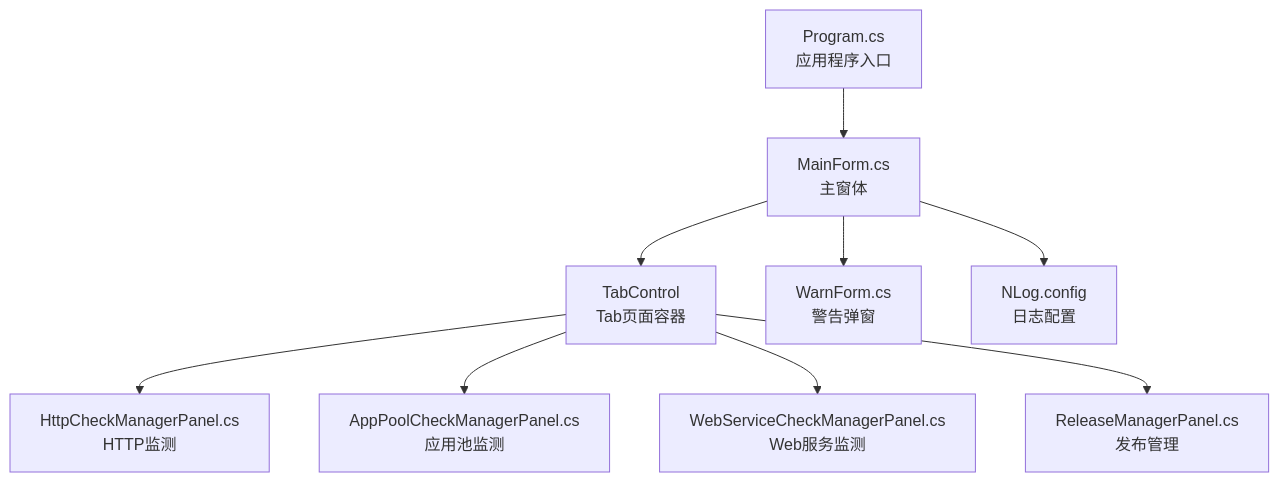
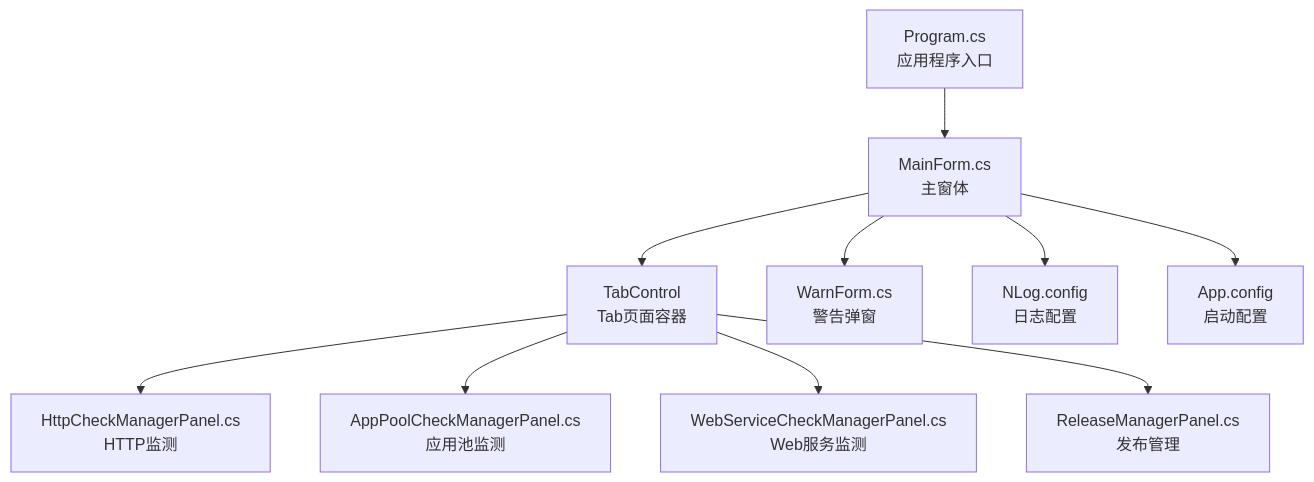
One commit to db300/IISMonitor changed the first of 5 diagrams in .qoder/repowiki/zh/content/IISMonitor.v1 功能详解/主界面概览.md. Above: the diagram before and after it, drawn with Mermaid. The commit also changed other lines of this file and 5 other files, not shown here.

````diff
--- a/.qoder/repowiki/zh/content/IISMonitor.v1 功能详解/主界面概览.md
+++ b/.qoder/repowiki/zh/content/IISMonitor.v1 功能详解/主界面概览.md
@@ -42,11 +52,12 @@
 ```mermaid
 graph TB
 Program["Program.cs<br/>应用程序入口"] --> MainForm["MainForm.cs<br/>主窗体"]
 MainForm --> TabControl["TabControl<br/>Tab页面容器"]
 TabControl --> TP_HTTP["HttpCheckManagerPanel.cs<br/>HTTP监测"]
 TabControl --> TP_APPPOOL["AppPoolCheckManagerPanel.cs<br/>应用池监测"]
 TabControl --> TP_WEBSVC["WebServiceCheckManagerPanel.cs<br/>Web服务监测"]
 TabControl --> TP_RELEASE["ReleaseManagerPanel.cs<br/>发布管理"]
 MainForm --> WarnForm["WarnForm.cs<br/>警告弹窗"]
 MainForm --> NLogCfg["NLog.config<br/>日志配置"]
+MainForm --> AppCfg["App.config<br/>启动配置"]
 ```
````
